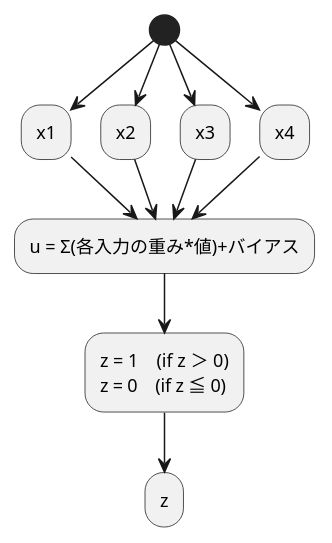
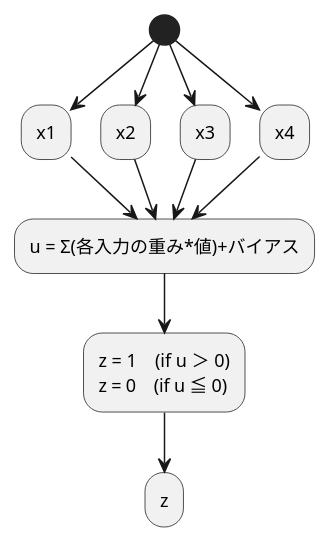
Before and after one commit to HirotoSAKAHARA/HirotoSAKAHARA.github.io: the first of 4 diagrams in ai/perceptron.pu, drawn with PlantUML. The commit also changed other lines of this file and 1 other file, not shown here.

```diff
--- a/ai/perceptron.pu
+++ b/ai/perceptron.pu
@@ -1,15 +1,15 @@
 @startuml perceptron
 skinparam backgroundColor transparet
 (*) --> "x1"
 (*) --> "x2"
 (*) --> "x3"
 (*) --> "x4"
 "x1" --> "u = Σ(各入力の重み*値)+バイアス"
 "x2" --> "u = Σ(各入力の重み*値)+バイアス"
 "x3" --> "u = Σ(各入力の重み*値)+バイアス"
 "x4" --> "u = Σ(各入力の重み*値)+バイアス"
-"u = Σ(各入力の重み*値)+バイアス" --> "z = 1　(if z ＞ 0) 
-z = 0　(if z ≦ 0)"
+"u = Σ(各入力の重み*値)+バイアス" --> "z = 1　(if u ＞ 0) 
+z = 0　(if u ≦ 0)"
 --> z
 skinparam backgroundColor transparent
 @enduml
```
